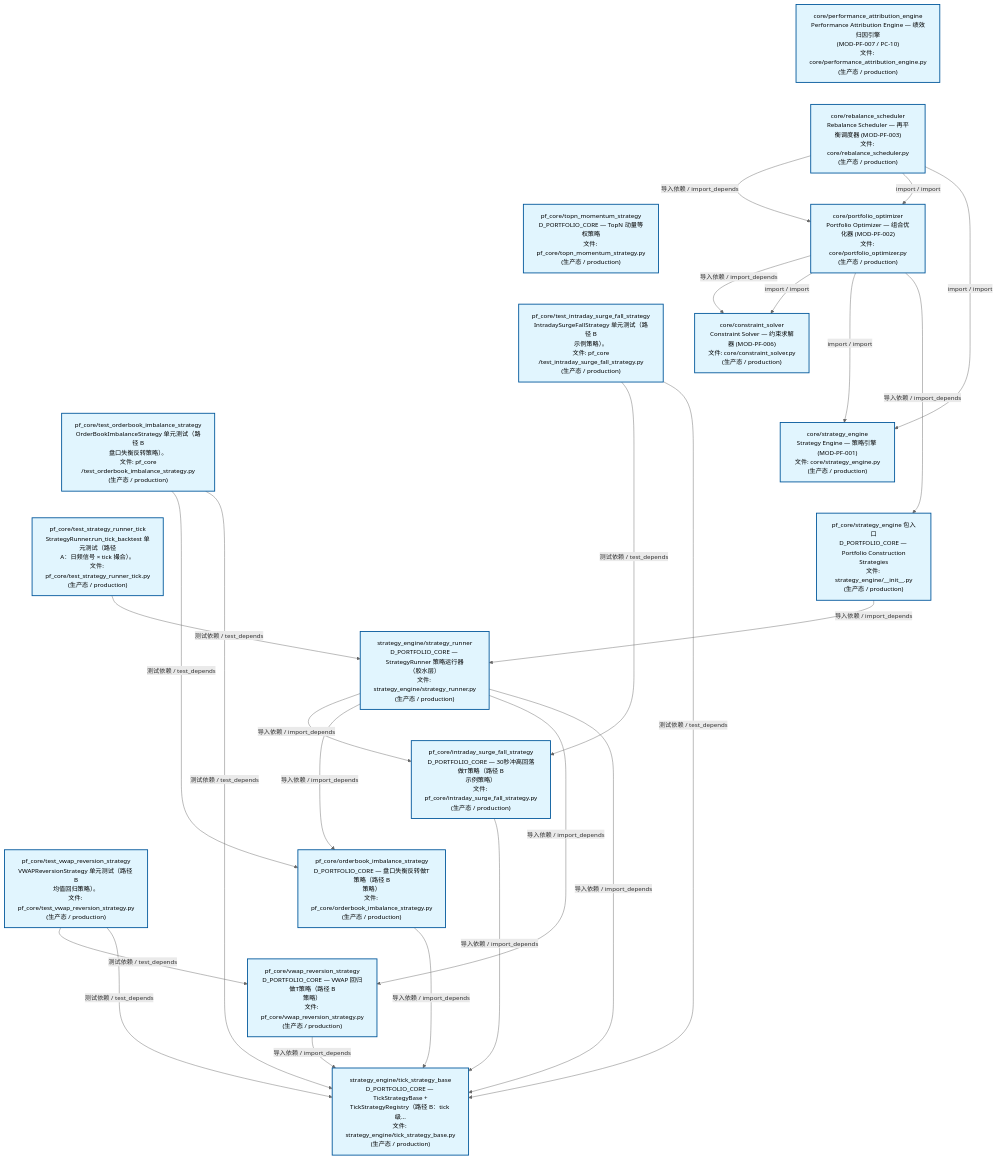
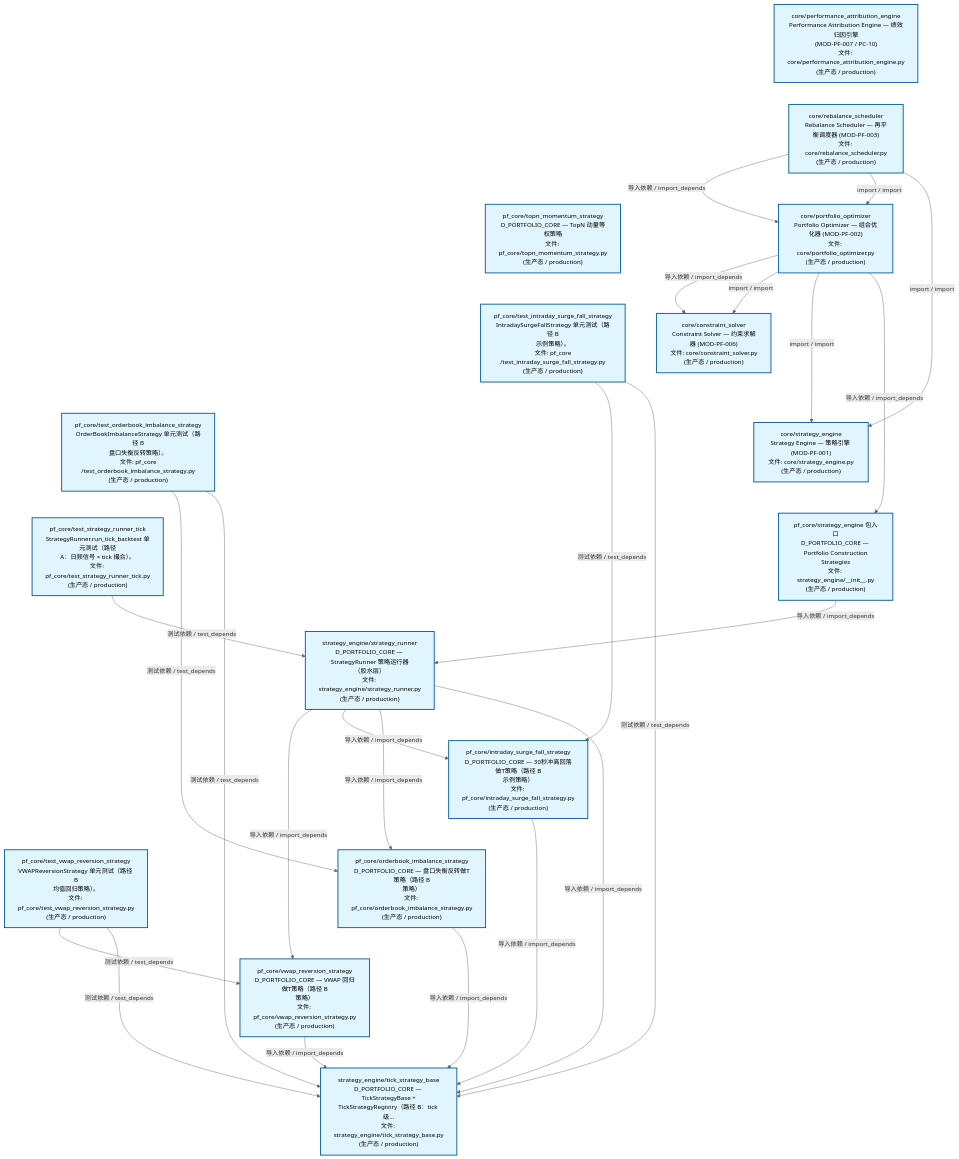
Before and after one commit to xuanFelixVan/ZephyrAlpha: the second of 3 diagrams in docs/02_enterprise_architecture/02_domain_architecture_docs/63_d_pf_core.md, drawn with Mermaid. The commit also changed other lines of this file and 48 other files, not shown here.

````diff
--- a/docs/02_enterprise_architecture/02_domain_architecture_docs/63_d_pf_core.md
+++ b/docs/02_enterprise_architecture/02_domain_architecture_docs/63_d_pf_core.md
@@ -139,57 +138,57 @@
 ```mermaid
 %%{init: {'theme': 'base', 'themeVariables': {'primaryColor': '#eaeaea', 'primaryTextColor': '#333333', 'primaryBorderColor': '#666666', 'lineColor': '#666666', 'secondaryColor': '#eaeaea', 'tertiaryColor': '#eaeaea', 'fontSize': '14px'}}}%%
 flowchart TD
     src_zephyr_pf_core_core_performance_attribution_engine_py["core/performance_attribution_engine<br/>Performance Attribution Engine — 绩效归因引擎<br/>(MOD-PF-007 / PC-10)<br/>文件: core/performance_attribution_engine.py<br/>(生产态 / production)"]
     src_zephyr_pf_core_core_rebalance_scheduler_py["core/rebalance_scheduler<br/>Rebalance Scheduler — 再平衡调度器 (MOD-PF-003)<br/>文件: core/rebalance_scheduler.py<br/>(生产态 / production)"]
     src_zephyr_pf_core_topn_momentum_strategy_py["pf_core/topn_momentum_strategy<br/>D_PORTFOLIO_CORE — TopN 动量等权策略<br/>文件: pf_core/topn_momentum_strategy.py<br/>(生产态 / production)"]
     tests_pf_core_test_intraday_surge_fall_strategy_py["pf_core/test_intraday_surge_fall_strategy<br/>IntradaySurgeFallStrategy 单元测试（路径 B<br/>示例策略）。<br/>文件: pf_core<br/>/test_intraday_surge_fall_strategy.py<br/>(生产态 / production)"]
     tests_pf_core_test_orderbook_imbalance_strategy_py["pf_core/test_orderbook_imbalance_strategy<br/>OrderBookImbalanceStrategy 单元测试（路径 B<br/>盘口失衡反转策略）。<br/>文件: pf_core<br/>/test_orderbook_imbalance_strategy.py<br/>(生产态 / production)"]
     tests_pf_core_test_strategy_runner_tick_py["pf_core/test_strategy_runner_tick<br/>StrategyRunner.run_tick_backtest 单元测试（路径<br/>A：日频信号 × tick 撮合）。<br/>文件: pf_core/test_strategy_runner_tick.py<br/>(生产态 / production)"]
     tests_pf_core_test_vwap_reversion_strategy_py["pf_core/test_vwap_reversion_strategy<br/>VWAPReversionStrategy 单元测试（路径 B<br/>均值回归策略）。<br/>文件: pf_core/test_vwap_reversion_strategy.py<br/>(生产态 / production)"]
     src_zephyr_pf_core_core_performance_attribution_engine_py ~~~ src_zephyr_pf_core_core_rebalance_scheduler_py
     src_zephyr_pf_core_core_rebalance_scheduler_py ~~~ src_zephyr_pf_core_topn_momentum_strategy_py
     src_zephyr_pf_core_topn_momentum_strategy_py ~~~ tests_pf_core_test_intraday_surge_fall_strategy_py
     tests_pf_core_test_intraday_surge_fall_strategy_py ~~~ tests_pf_core_test_orderbook_imbalance_strategy_py
     tests_pf_core_test_orderbook_imbalance_strategy_py ~~~ tests_pf_core_test_strategy_runner_tick_py
     tests_pf_core_test_strategy_runner_tick_py ~~~ tests_pf_core_test_vwap_reversion_strategy_py
     src_zephyr_pf_core_core_portfolio_optimizer_py["core/portfolio_optimizer<br/>Portfolio Optimizer — 组合优化器 (MOD-PF-002)<br/>文件: core/portfolio_optimizer.py<br/>(生产态 / production)"]
     src_zephyr_pf_core_core_constraint_solver_py["core/constraint_solver<br/>Constraint Solver — 约束求解器 (MOD-PF-006)<br/>文件: core/constraint_solver.py<br/>(生产态 / production)"]
     src_zephyr_pf_core_core_strategy_engine_py["core/strategy_engine<br/>Strategy Engine — 策略引擎 (MOD-PF-001)<br/>文件: core/strategy_engine.py<br/>(生产态 / production)"]
     src_zephyr_pf_core_strategy_engine_init_py["pf_core/strategy_engine 包入口<br/>D_PORTFOLIO_CORE — Portfolio Construction<br/>Strategies<br/>文件: strategy_engine/__init__.py<br/>(生产态 / production)"]
     src_zephyr_pf_core_core_constraint_solver_py ~~~ src_zephyr_pf_core_core_strategy_engine_py
     src_zephyr_pf_core_core_strategy_engine_py ~~~ src_zephyr_pf_core_strategy_engine_init_py
     src_zephyr_pf_core_strategy_engine_strategy_runner_py["strategy_engine/strategy_runner<br/>D_PORTFOLIO_CORE — StrategyRunner 策略运行器<br/>（胶水层）<br/>文件: strategy_engine/strategy_runner.py<br/>(生产态 / production)"]
     src_zephyr_pf_core_intraday_surge_fall_strategy_py["pf_core/intraday_surge_fall_strategy<br/>D_PORTFOLIO_CORE — 30秒冲高回落做T策略（路径 B<br/>示例策略）<br/>文件: pf_core/intraday_surge_fall_strategy.py<br/>(生产态 / production)"]
     src_zephyr_pf_core_orderbook_imbalance_strategy_py["pf_core/orderbook_imbalance_strategy<br/>D_PORTFOLIO_CORE — 盘口失衡反转做T策略（路径 B<br/>策略）<br/>文件: pf_core/orderbook_imbalance_strategy.py<br/>(生产态 / production)"]
     src_zephyr_pf_core_vwap_reversion_strategy_py["pf_core/vwap_reversion_strategy<br/>D_PORTFOLIO_CORE — VWAP 回归做T策略（路径 B<br/>策略）<br/>文件: pf_core/vwap_reversion_strategy.py<br/>(生产态 / production)"]
     src_zephyr_pf_core_intraday_surge_fall_strategy_py ~~~ src_zephyr_pf_core_orderbook_imbalance_strategy_py
     src_zephyr_pf_core_orderbook_imbalance_strategy_py ~~~ src_zephyr_pf_core_vwap_reversion_strategy_py
     src_zephyr_pf_core_strategy_engine_tick_strategy_base_py["strategy_engine/tick_strategy_base<br/>D_PORTFOLIO_CORE — TickStrategyBase +<br/>TickStrategyRegistry（路径 B：tick 级...<br/>文件: strategy_engine/tick_strategy_base.py<br/>(生产态 / production)"]
+    src_zephyr_pf_core_vwap_reversion_strategy_py -->|导入依赖 / import_depends| src_zephyr_pf_core_strategy_engine_tick_strategy_base_py
     src_zephyr_pf_core_intraday_surge_fall_strategy_py -->|导入依赖 / import_depends| src_zephyr_pf_core_strategy_engine_tick_strategy_base_py
     src_zephyr_pf_core_orderbook_imbalance_strategy_py -->|导入依赖 / import_depends| src_zephyr_pf_core_strategy_engine_tick_strategy_base_py
-    src_zephyr_pf_core_vwap_reversion_strategy_py -->|导入依赖 / import_depends| src_zephyr_pf_core_strategy_engine_tick_strategy_base_py
+    src_zephyr_pf_core_core_rebalance_scheduler_py -->|导入依赖 / import_depends| src_zephyr_pf_core_core_portfolio_optimizer_py
+    src_zephyr_pf_core_core_rebalance_scheduler_py -->|import / import| src_zephyr_pf_core_core_portfolio_optimizer_py
+    src_zephyr_pf_core_core_rebalance_scheduler_py -->|import / import| src_zephyr_pf_core_core_strategy_engine_py
     src_zephyr_pf_core_core_portfolio_optimizer_py -->|导入依赖 / import_depends| src_zephyr_pf_core_core_constraint_solver_py
     src_zephyr_pf_core_core_portfolio_optimizer_py -->|import / import| src_zephyr_pf_core_core_constraint_solver_py
     src_zephyr_pf_core_core_portfolio_optimizer_py -->|import / import| src_zephyr_pf_core_core_strategy_engine_py
     src_zephyr_pf_core_core_portfolio_optimizer_py -->|导入依赖 / import_depends| src_zephyr_pf_core_strategy_engine_init_py
-    src_zephyr_pf_core_core_rebalance_scheduler_py -->|导入依赖 / import_depends| src_zephyr_pf_core_core_portfolio_optimizer_py
-    src_zephyr_pf_core_core_rebalance_scheduler_py -->|import / import| src_zephyr_pf_core_core_portfolio_optimizer_py
-    src_zephyr_pf_core_core_rebalance_scheduler_py -->|import / import| src_zephyr_pf_core_core_strategy_engine_py
+    src_zephyr_pf_core_strategy_engine_init_py -->|导入依赖 / import_depends| src_zephyr_pf_core_strategy_engine_strategy_runner_py
+    src_zephyr_pf_core_strategy_engine_strategy_runner_py -->|导入依赖 / import_depends| src_zephyr_pf_core_vwap_reversion_strategy_py
     src_zephyr_pf_core_strategy_engine_strategy_runner_py -->|导入依赖 / import_depends| src_zephyr_pf_core_intraday_surge_fall_strategy_py
     src_zephyr_pf_core_strategy_engine_strategy_runner_py -->|导入依赖 / import_depends| src_zephyr_pf_core_orderbook_imbalance_strategy_py
-    src_zephyr_pf_core_strategy_engine_strategy_runner_py -->|导入依赖 / import_depends| src_zephyr_pf_core_vwap_reversion_strategy_py
     src_zephyr_pf_core_strategy_engine_strategy_runner_py -->|导入依赖 / import_depends| src_zephyr_pf_core_strategy_engine_tick_strategy_base_py
-    src_zephyr_pf_core_strategy_engine_init_py -->|导入依赖 / import_depends| src_zephyr_pf_core_strategy_engine_strategy_runner_py
+    tests_pf_core_test_orderbook_imbalance_strategy_py -->|测试依赖 / test_depends| src_zephyr_pf_core_orderbook_imbalance_strategy_py
+    tests_pf_core_test_orderbook_imbalance_strategy_py -->|测试依赖 / test_depends| src_zephyr_pf_core_strategy_engine_tick_strategy_base_py
     tests_pf_core_test_intraday_surge_fall_strategy_py -->|测试依赖 / test_depends| src_zephyr_pf_core_intraday_surge_fall_strategy_py
     tests_pf_core_test_intraday_surge_fall_strategy_py -->|测试依赖 / test_depends| src_zephyr_pf_core_strategy_engine_tick_strategy_base_py
-    tests_pf_core_test_orderbook_imbalance_strategy_py -->|测试依赖 / test_depends| src_zephyr_pf_core_orderbook_imbalance_strategy_py
-    tests_pf_core_test_orderbook_imbalance_strategy_py -->|测试依赖 / test_depends| src_zephyr_pf_core_strategy_engine_tick_strategy_base_py
+    tests_pf_core_test_strategy_runner_tick_py -->|测试依赖 / test_depends| src_zephyr_pf_core_strategy_engine_strategy_runner_py
     tests_pf_core_test_vwap_reversion_strategy_py -->|测试依赖 / test_depends| src_zephyr_pf_core_vwap_reversion_strategy_py
     tests_pf_core_test_vwap_reversion_strategy_py -->|测试依赖 / test_depends| src_zephyr_pf_core_strategy_engine_tick_strategy_base_py
-    tests_pf_core_test_strategy_runner_tick_py -->|测试依赖 / test_depends| src_zephyr_pf_core_strategy_engine_strategy_runner_py
     classDef production fill:#e1f5fe,stroke:#01579b,stroke-width:2px,color:#000
     classDef design fill:#fff3e0,stroke:#e65100,stroke-width:2px,color:#000,stroke-dasharray: 5 5
     classDef external_prod fill:#e8f4fd,stroke:#0277bd,stroke-width:1px,color:#000
     classDef external_design fill:#fff8e7,stroke:#ef6c00,stroke-width:1px,color:#000,stroke-dasharray: 5 5
     class src_zephyr_pf_core_core_constraint_solver_py,src_zephyr_pf_core_core_performance_attribution_engine_py,src_zephyr_pf_core_core_portfolio_optimizer_py,src_zephyr_pf_core_core_rebalance_scheduler_py,src_zephyr_pf_core_core_strategy_engine_py,src_zephyr_pf_core_intraday_surge_fall_strategy_py,src_zephyr_pf_core_orderbook_imbalance_strategy_py,src_zephyr_pf_core_strategy_engine_init_py,src_zephyr_pf_core_strategy_engine_strategy_runner_py,src_zephyr_pf_core_strategy_engine_tick_strategy_base_py,src_zephyr_pf_core_topn_momentum_strategy_py,src_zephyr_pf_core_vwap_reversion_strategy_py,tests_pf_core_test_intraday_surge_fall_strategy_py,tests_pf_core_test_orderbook_imbalance_strategy_py,tests_pf_core_test_strategy_runner_tick_py,tests_pf_core_test_vwap_reversion_strategy_py production
 ```
````
